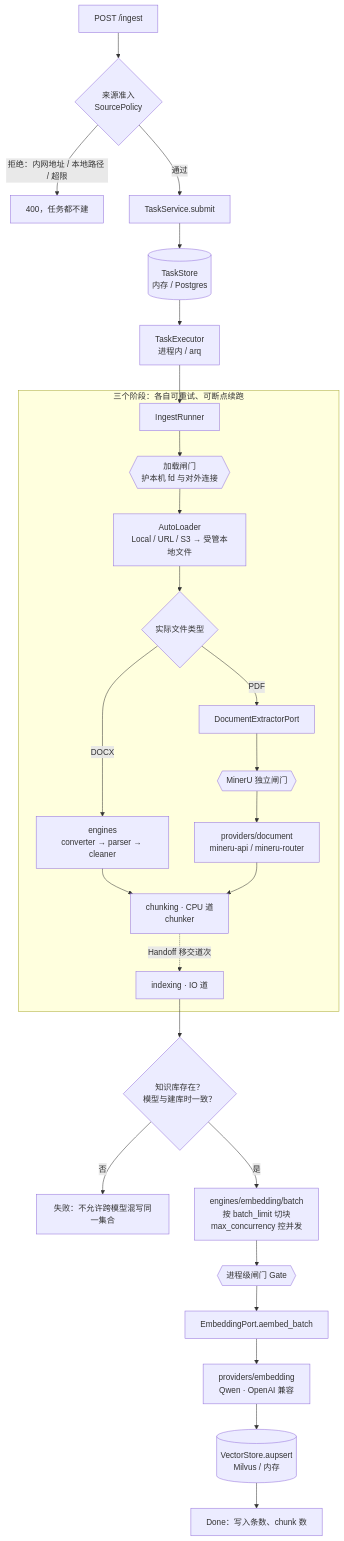
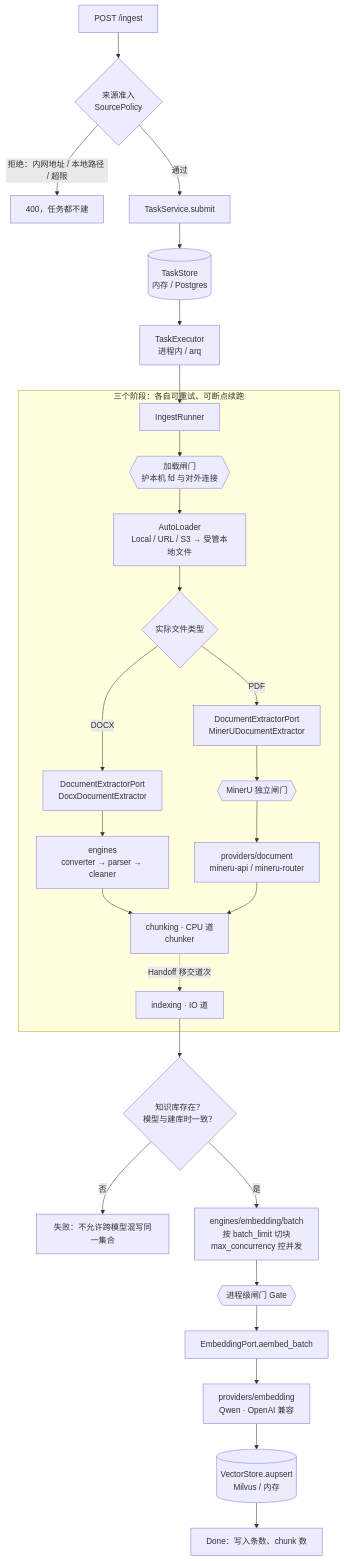
The second of 3 diagrams in docs/structure.md (comet-7x/comet-rag), drawn with Mermaid before and after one commit. The commit also changed other lines of this file and 32 other files, not shown here.

````diff
--- a/docs/structure.md
+++ b/docs/structure.md
@@ -140,31 +143,32 @@
 ```mermaid
 flowchart TD
     A["POST /ingest"] --> P{"来源准入<br/>SourcePolicy"}
     P -->|"拒绝：内网地址 / 本地路径 / 超限"| PX["400，任务都不建"]
     P -->|通过| B["TaskService.submit"]
     B --> C[("TaskStore<br/>内存 / Postgres")]
     C --> D["TaskExecutor<br/>进程内 / arq"]
     D --> E["IngestRunner"]
 
     subgraph ST["三个阶段：各自可重试、可断点续跑"]
         E --> LG{{"加载闸门<br/>护本机 fd 与对外连接"}}
         LG --> F["AutoLoader<br/>Local / URL / S3 → 受管本地文件"]
         F --> T{"实际文件类型"}
-        T -->|DOCX| DOCX["engines<br/>converter → parser → cleaner"]
-        T -->|PDF| DP["DocumentExtractorPort"]
+        T -->|DOCX| DX["DocumentExtractorPort<br/>DocxDocumentExtractor"]
+        T -->|PDF| DP["DocumentExtractorPort<br/>MinerUDocumentExtractor"]
+        DX --> DOCX["engines<br/>converter → parser → cleaner"]
         DP --> MG{{"MinerU 独立闸门"}}
         MG --> MU["providers/document<br/>mineru-api / mineru-router"]
         DOCX --> G["chunking · CPU 道<br/>chunker"]
         MU --> G
         G -.->|"Handoff 移交道次"| H["indexing · IO 道"]
     end
 
     H --> KB{"知识库存在？<br/>模型与建库时一致？"}
     KB -->|否| KBX["失败：不允许跨模型混写同一集合"]
     KB -->|是| I["engines/embedding/batch<br/>按 batch_limit 切块<br/>max_concurrency 控并发"]
     I --> GATE{{"进程级闸门 Gate"}}
     GATE --> J["EmbeddingPort.aembed_batch"]
     J --> K["providers/embedding<br/>Qwen · OpenAI 兼容"]
     K --> L[("VectorStore.aupsert<br/>Milvus / 内存")]
     L --> M["Done：写入条数、chunk 数"]
 ```
````
